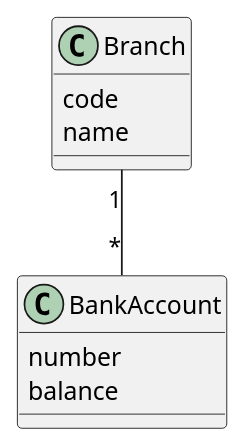
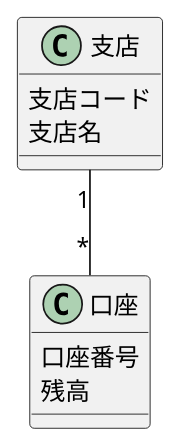
Before and after one commit to yinm/uml-modeling-lesson: the diagram in ch02/excercise/2-2.puml, drawn with PlantUML. The commit also changed 3 other files, not shown here.

```diff
--- a/ch02/excercise/2-2.puml
+++ b/ch02/excercise/2-2.puml
@@ -1,15 +1,15 @@
 @startuml
 
-class Branch {
-  code
-  name
+class 支店 {
+  支店コード
+  支店名
 }
 
-class BankAccount {
-  number
-  balance
+class 口座 {
+  口座番号
+  残高
 }
 
-Branch "1" -- "*" BankAccount
+支店 "1"--"*" 口座
 
 @enduml
```
